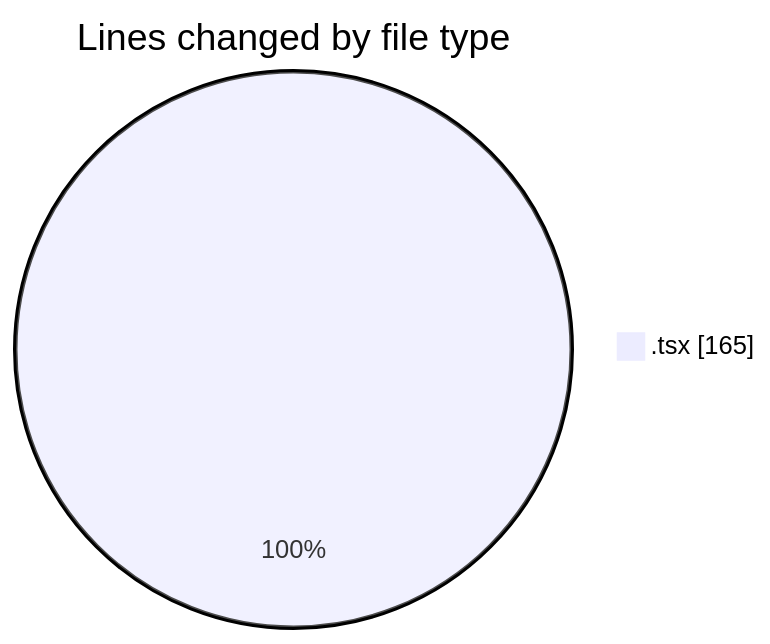
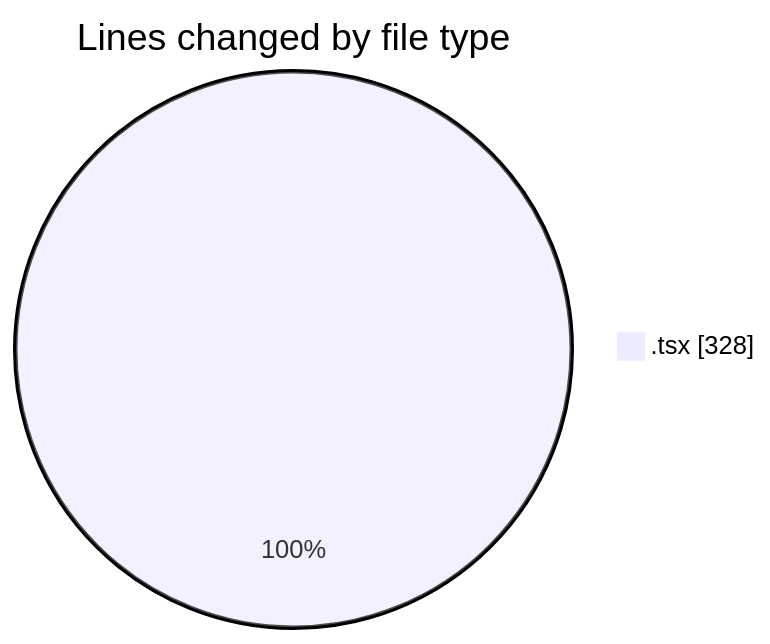
Before and after one commit to Ritupan-Deka/code-tracking: the first of 2 diagrams in 2025-06-24/scopecraft/README.md, drawn with Mermaid. The commit also changed other lines of this file and 1 other file, not shown here.

````diff
--- a/2025-06-24/scopecraft/README.md
+++ b/2025-06-24/scopecraft/README.md
@@ -23,5 +24,5 @@
 ```mermaid
 pie showData
 title Lines changed by file type
-".tsx" : 165
+".tsx" : 328
 ```
````
